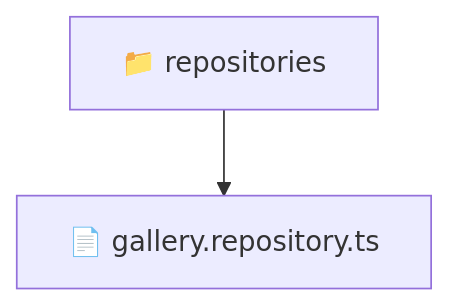
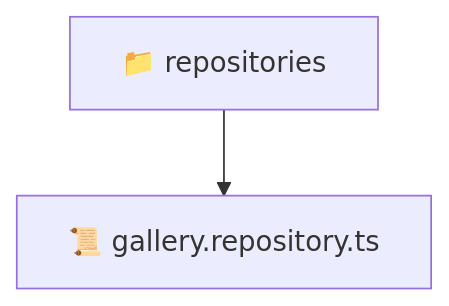
The diagram in backend/src/modules/gallery/infrastructure/repositories/README.md (beginwebdev2002/fullstack-mavluda), drawn with Mermaid before and after one commit. The commit also changed other lines of this file and 163 other files, not shown here.

````diff
--- a/backend/src/modules/gallery/infrastructure/repositories/README.md
+++ b/backend/src/modules/gallery/infrastructure/repositories/README.md
@@ -9,5 +9,5 @@
 ```mermaid
 graph TD
-  Root["📁 repositories"]
-  Root --> gallery_repository_ts["📄 gallery.repository.ts"]
+  repositories["📁 repositories"]
+  repositories --> gallery_repository_ts["📜 gallery.repository.ts"]
 ```
````
